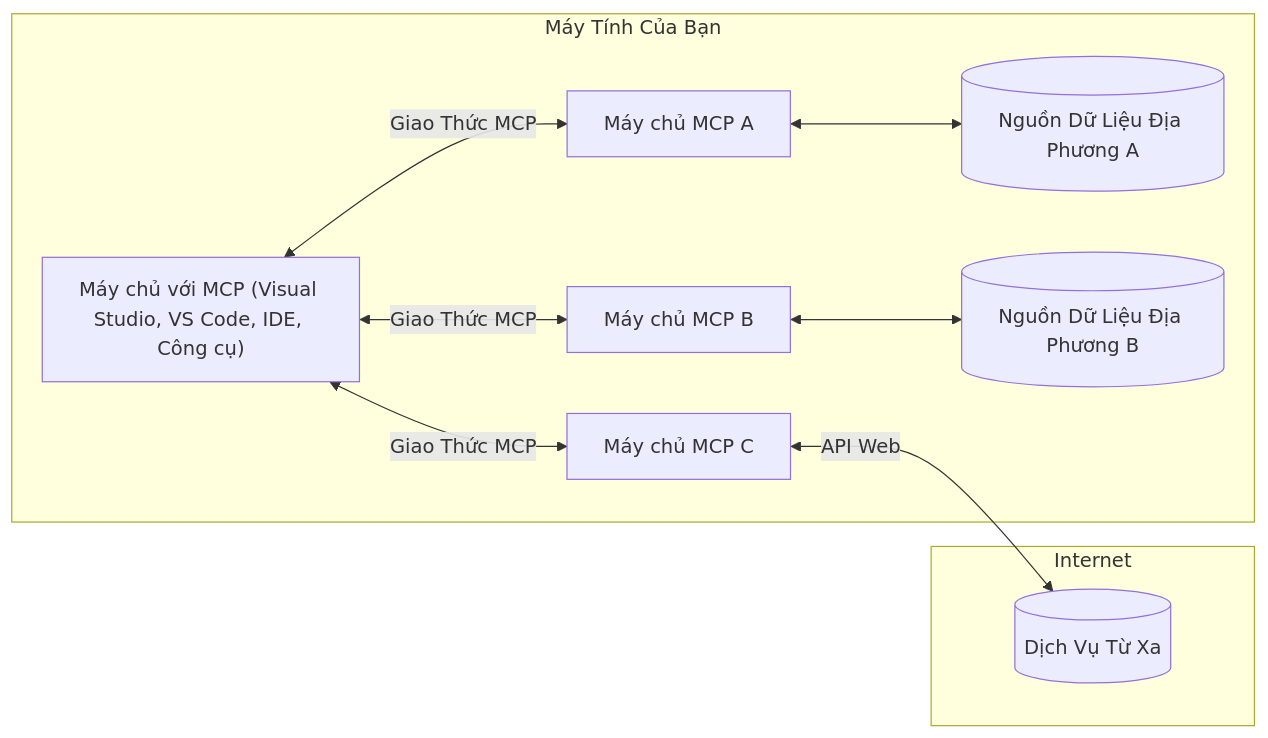
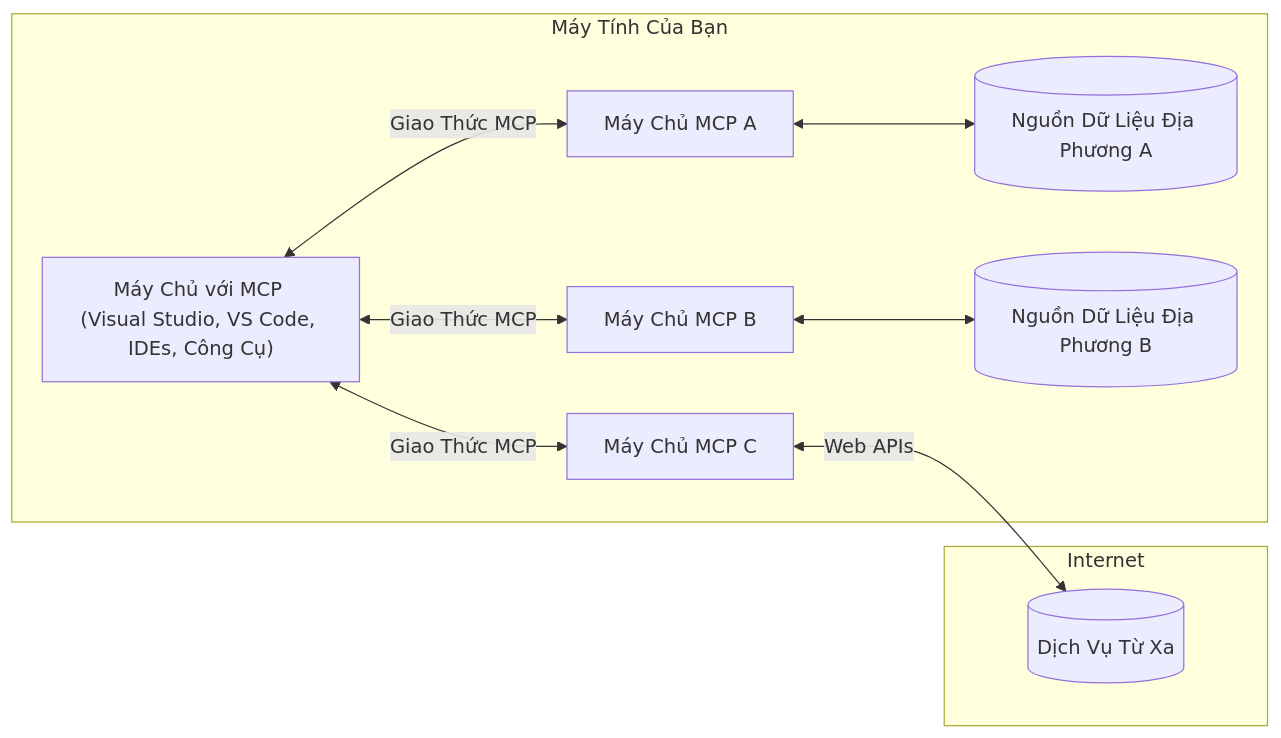
One commit to HIDORAKAI002/ai-workspace-archive changed the diagram in mcp_ecosystem__model_context_protocol/mcp_learning_resources/mcp-for-beginners/translations/vi/01-CoreConcepts/README.md. Above: the diagram before and after it, drawn with Mermaid. The commit also changed other lines of this file and 1046 other files, not shown here.

````diff
--- a/mcp_ecosystem__model_context_protocol/mcp_learning_resources/mcp-for-beginners/translations/vi/01-CoreConcepts/README.md
+++ b/mcp_ecosystem__model_context_protocol/mcp_learning_resources/mcp-for-beginners/translations/vi/01-CoreConcepts/README.md
@@ -45,17 +45,17 @@
 ```mermaid
 flowchart LR
     subgraph "Máy Tính Của Bạn"
-        Host["Máy chủ với MCP (Visual Studio, VS Code, IDE, Công cụ)"]
-        S1["Máy chủ MCP A"]
-        S2["Máy chủ MCP B"]
-        S3["Máy chủ MCP C"]
+        Host["Máy Chủ với MCP (Visual Studio, VS Code, IDEs, Công Cụ)"]
+        S1["Máy Chủ MCP A"]
+        S2["Máy Chủ MCP B"]
+        S3["Máy Chủ MCP C"]
         Host <-->|"Giao Thức MCP"| S1
         Host <-->|"Giao Thức MCP"| S2
         Host <-->|"Giao Thức MCP"| S3
         S1 <--> D1[("Nguồn Dữ Liệu Địa Phương A")]
         S2 <--> D2[("Nguồn Dữ Liệu Địa Phương B")]
     end
     subgraph "Internet"
-        S3 <-->|"API Web"| D3[("Dịch Vụ Từ Xa")]
+        S3 <-->|"Web APIs"| D3[("Dịch Vụ Từ Xa")]
     end
 ```
````
